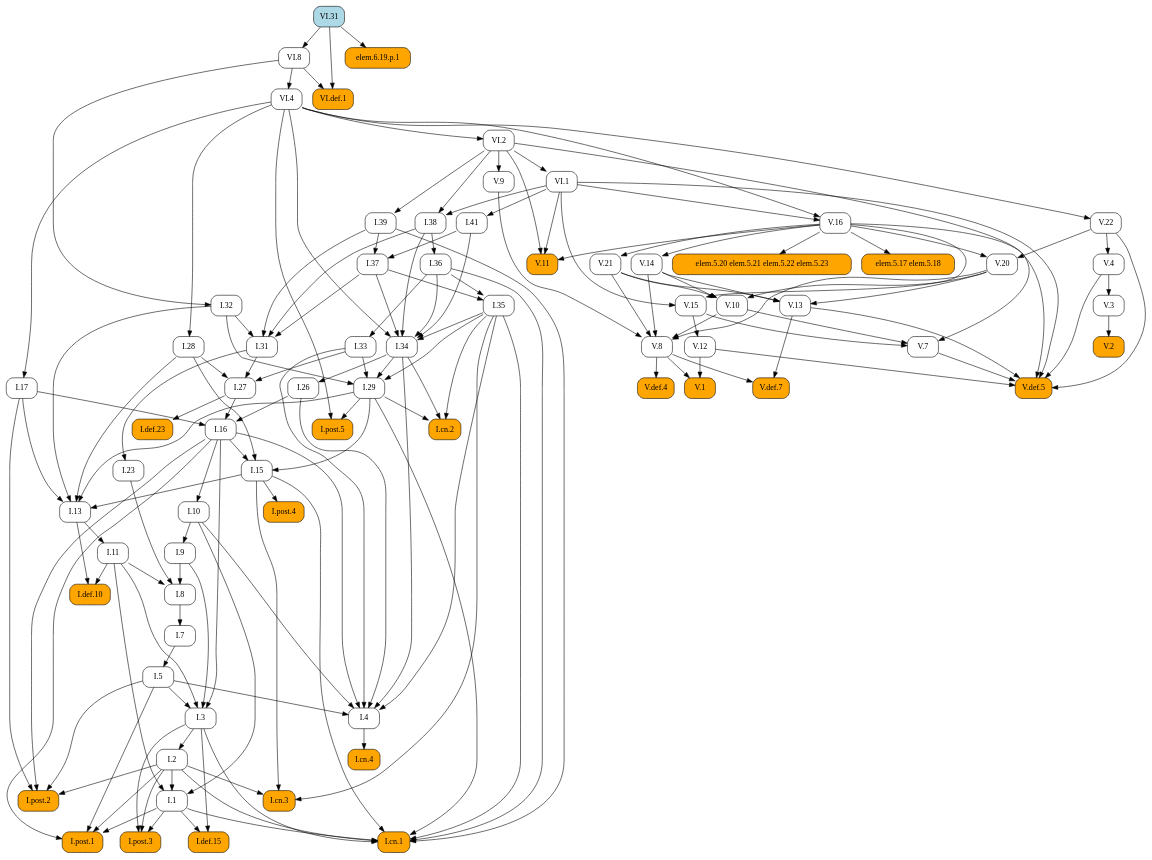
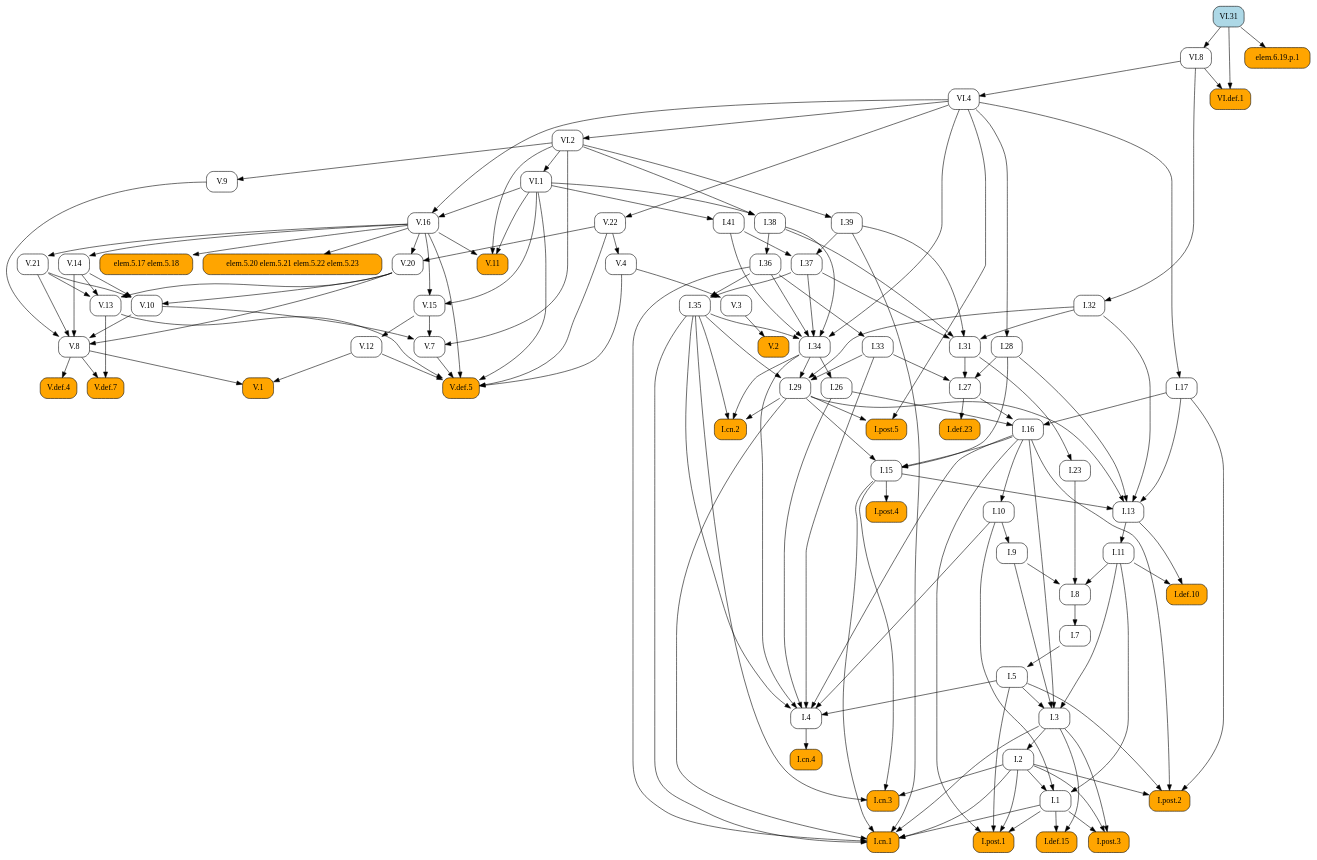
One commit to geometor/elements changed the diagram in docsrc/elements2/VI/31/index.rst. Above: the diagram before and after it, drawn with Graphviz. The commit also changed other lines of this file and 171 other files, not shown here.

```diff
--- a/docsrc/elements2/VI/31/index.rst
+++ b/docsrc/elements2/VI/31/index.rst
@@ -45,158 +45,82 @@
    digraph {
      rankdir="TB";
      node [shape=box, style=rounded];
+     "V.20" [URL="/elements2/V/20/", target="_top"];
+     "I.8" [URL="/elements2/I/8/", target="_top"];
+     "I.36" [URL="/elements2/I/36/", target="_top"];
+     "V.def.5" [style="rounded,filled", fillcolor=orange, URL="/elements2/V/def.5/", target="_top"];
+     "I.38" [URL="/elements2/I/38/", target="_top"];
+     "I.post.5" [style="rounded,filled", fillcolor=orange, URL="/elements2/I/post.5/", target="_top"];
+     "I.def.10" [style="rounded,filled", fillcolor=orange, URL="/elements2/I/def.10/", target="_top"];
+     "I.cn.2" [style="rounded,filled", fillcolor=orange, URL="/elements2/I/cn.2/", target="_top"];
+     "elem.6.19.p.1" [style="rounded,filled", fillcolor=orange];
+     "I.31" [URL="/elements2/I/31/", target="_top"];
+     "I.post.2" [style="rounded,filled", fillcolor=orange, URL="/elements2/I/post.2/", target="_top"];
+     "I.def.23" [style="rounded,filled", fillcolor=orange, URL="/elements2/I/def.23/", target="_top"];
+     "I.26" [URL="/elements2/I/26/", target="_top"];
+     "V.3" [URL="/elements2/V/3/", target="_top"];
+     "I.cn.3" [style="rounded,filled", fillcolor=orange, URL="/elements2/I/cn.3/", target="_top"];
+     "V.2" [style="rounded,filled", fillcolor=orange, URL="/elements2/V/2/", target="_top"];
+     "V.12" [URL="/elements2/V/12/", target="_top"];
+     "V.22" [URL="/elements2/V/22/", target="_top"];
+     "I.35" [URL="/elements2/I/35/", target="_top"];
+     "I.41" [URL="/elements2/I/41/", target="_top"];
+     "I.28" [URL="/elements2/I/28/", target="_top"];
+     "I.27" [URL="/elements2/I/27/", target="_top"];
+     "I.4" [URL="/elements2/I/4/", target="_top"];
+     "V.8" [URL="/elements2/V/8/", target="_top"];
+     "VI.2" [URL="/elements2/VI/2/", target="_top"];
+     "I.39" [URL="/elements2/I/39/", target="_top"];
+     "I.15" [URL="/elements2/I/15/", target="_top"];
+     "I.34" [URL="/elements2/I/34/", target="_top"];
+     "VI.8" [URL="/elements2/VI/8/", target="_top"];
+     "I.post.3" [style="rounded,filled", fillcolor=orange, URL="/elements2/I/post.3/", target="_top"];
+     "I.32" [URL="/elements2/I/32/", target="_top"];
+     "I.post.1" [style="rounded,filled", fillcolor=orange, URL="/elements2/I/post.1/", target="_top"];
+     "V.def.4" [style="rounded,filled", fillcolor=orange, URL="/elements2/V/def.4/", target="_top"];
+     "I.33" [URL="/elements2/I/33/", target="_top"];
+     "VI.31" [style="rounded,filled", fillcolor=lightblue, URL="/elements2/VI/31/", target="_top"];
+     "I.5" [URL="/elements2/I/5/", target="_top"];
      "elem.5.17 elem.5.18" [style="rounded,filled", fillcolor=orange];
-     "V.7" [URL="/elements2/V/7/", target="_top"];
-     "I.32" [URL="/elements2/I/32/", target="_top"];
-     "VI.4" [URL="/elements2/VI/4/", target="_top"];
-     "I.cn.4" [style="rounded,filled", fillcolor=orange, URL="/elements2/I/cn.4/", target="_top"];
-     "I.post.3" [style="rounded,filled", fillcolor=orange, URL="/elements2/I/post.3/", target="_top"];
-     "V.22" [URL="/elements2/V/22/", target="_top"];
-     "V.def.7" [style="rounded,filled", fillcolor=orange, URL="/elements2/V/def.7/", target="_top"];
-     "I.41" [URL="/elements2/I/41/", target="_top"];
-     "I.27" [URL="/elements2/I/27/", target="_top"];
-     "I.post.2" [style="rounded,filled", fillcolor=orange, URL="/elements2/I/post.2/", target="_top"];
-     "I.13" [URL="/elements2/I/13/", target="_top"];
-     "I.10" [URL="/elements2/I/10/", target="_top"];
-     "I.post.1" [style="rounded,filled", fillcolor=orange, URL="/elements2/I/post.1/", target="_top"];
-     "I.7" [URL="/elements2/I/7/", target="_top"];
-     "VI.def.1" [style="rounded,filled", fillcolor=orange, URL="/elements2/VI/def.1/", target="_top"];
+     "VI.1" [URL="/elements2/VI/1/", target="_top"];
+     "V.11" [style="rounded,filled", fillcolor=orange, URL="/elements2/V/11/", target="_top"];
      "V.13" [URL="/elements2/V/13/", target="_top"];
+     "V.9" [URL="/elements2/V/9/", target="_top"];
      "V.16" [URL="/elements2/V/16/", target="_top"];
-     "V.1" [style="rounded,filled", fillcolor=orange, URL="/elements2/V/1/", target="_top"];
-     "V.8" [URL="/elements2/V/8/", target="_top"];
-     "elem.5.20 elem.5.21 elem.5.22 elem.5.23" [style="rounded,filled", fillcolor=orange];
-     "I.9" [URL="/elements2/I/9/", target="_top"];
-     "I.38" [URL="/elements2/I/38/", target="_top"];
-     "I.8" [URL="/elements2/I/8/", target="_top"];
-     "I.15" [URL="/elements2/I/15/", target="_top"];
-     "I.23" [URL="/elements2/I/23/", target="_top"];
-     "I.26" [URL="/elements2/I/26/", target="_top"];
-     "VI.31" [style="rounded,filled", fillcolor=lightblue, URL="/elements2/VI/31/", target="_top"];
-     "V.4" [URL="/elements2/V/4/", target="_top"];
-     "VI.1" [URL="/elements2/VI/1/", target="_top"];
-     "I.1" [URL="/elements2/I/1/", target="_top"];
-     "VI.8" [URL="/elements2/VI/8/", target="_top"];
-     "I.3" [URL="/elements2/I/3/", target="_top"];
-     "I.cn.3" [style="rounded,filled", fillcolor=orange, URL="/elements2/I/cn.3/", target="_top"];
-     "I.17" [URL="/elements2/I/17/", target="_top"];
-     "I.37" [URL="/elements2/I/37/", target="_top"];
-     "I.def.10" [style="rounded,filled", fillcolor=orange, URL="/elements2/I/def.10/", target="_top"];
-     "I.34" [URL="/elements2/I/34/", target="_top"];
-     "V.def.5" [style="rounded,filled", fillcolor=orange, URL="/elements2/V/def.5/", target="_top"];
      "I.def.15" [style="rounded,filled", fillcolor=orange, URL="/elements2/I/def.15/", target="_top"];
-     "I.28" [URL="/elements2/I/28/", target="_top"];
-     "I.36" [URL="/elements2/I/36/", target="_top"];
-     "V.10" [URL="/elements2/V/10/", target="_top"];
-     "V.14" [URL="/elements2/V/14/", target="_top"];
-     "elem.6.19.p.1" [style="rounded,filled", fillcolor=orange];
      "V.15" [URL="/elements2/V/15/", target="_top"];
      "I.11" [URL="/elements2/I/11/", target="_top"];
-     "I.4" [URL="/elements2/I/4/", target="_top"];
+     "I.3" [URL="/elements2/I/3/", target="_top"];
+     "V.14" [URL="/elements2/V/14/", target="_top"];
+     "VI.4" [URL="/elements2/VI/4/", target="_top"];
+     "V.10" [URL="/elements2/V/10/", target="_top"];
+     "I.1" [URL="/elements2/I/1/", target="_top"];
+     "I.cn.4" [style="rounded,filled", fillcolor=orange, URL="/elements2/I/cn.4/", target="_top"];
+     "I.23" [URL="/elements2/I/23/", target="_top"];
+     "I.7" [URL="/elements2/I/7/", target="_top"];
+     "I.17" [URL="/elements2/I/17/", target="_top"];
+     "I.9" [URL="/elements2/I/9/", target="_top"];
+     "V.7" [URL="/elements2/V/7/", target="_top"];
+     "I.cn.1" [style="rounded,filled", fillcolor=orange, URL="/elements2/I/cn.1/", target="_top"];
+     "I.29" [URL="/elements2/I/29/", target="_top"];
      "I.16" [URL="/elements2/I/16/", target="_top"];
      "V.21" [URL="/elements2/V/21/", target="_top"];
-     "I.def.23" [style="rounded,filled", fillcolor=orange, URL="/elements2/I/def.23/", target="_top"];
+     "I.13" [URL="/elements2/I/13/", target="_top"];
+     "elem.5.20 elem.5.21 elem.5.22 elem.5.23" [style="rounded,filled", fillcolor=orange];
+     "I.post.4" [style="rounded,filled", fillcolor=orange, URL="/elements2/I/post.4/", target="_top"];
+     "V.1" [style="rounded,filled", fillcolor=orange, URL="/elements2/V/1/", target="_top"];
+     "VI.def.1" [style="rounded,filled", fillcolor=orange, URL="/elements2/VI/def.1/", target="_top"];
      "I.2" [URL="/elements2/I/2/", target="_top"];
-     "I.cn.2" [style="rounded,filled", fillcolor=orange, URL="/elements2/I/cn.2/", target="_top"];
-     "I.post.5" [style="rounded,filled", fillcolor=orange, URL="/elements2/I/post.5/", target="_top"];
-     "VI.2" [URL="/elements2/VI/2/", target="_top"];
-     "V.3" [URL="/elements2/V/3/", target="_top"];
-     "V.def.4" [style="rounded,filled", fillcolor=orange, URL="/elements2/V/def.4/", target="_top"];
-     "I.35" [URL="/elements2/I/35/", target="_top"];
-     "V.11" [style="rounded,filled", fillcolor=orange, URL="/elements2/V/11/", target="_top"];
-     "V.2" [style="rounded,filled", fillcolor=orange, URL="/elements2/V/2/", target="_top"];
-     "I.31" [URL="/elements2/I/31/", target="_top"];
-     "I.33" [URL="/elements2/I/33/", target="_top"];
-     "I.post.4" [style="rounded,filled", fillcolor=orange, URL="/elements2/I/post.4/", target="_top"];
-     "I.39" [URL="/elements2/I/39/", target="_top"];
-     "I.cn.1" [style="rounded,filled", fillcolor=orange, URL="/elements2/I/cn.1/", target="_top"];
-     "V.9" [URL="/elements2/V/9/", target="_top"];
-     "I.29" [URL="/elements2/I/29/", target="_top"];
-     "I.5" [URL="/elements2/I/5/", target="_top"];
-     "V.12" [URL="/elements2/V/12/", target="_top"];
-     "V.20" [URL="/elements2/V/20/", target="_top"];
-     "V.16" -> "elem.5.17 elem.5.18";
-     "V.10" -> "V.7";
-     "V.15" -> "V.7";
-     "VI.2" -> "V.7";
-     "VI.8" -> "I.32";
-     "VI.8" -> "VI.4";
-     "I.4" -> "I.cn.4";
-     "I.1" -> "I.post.3";
-     "I.2" -> "I.post.3";
-     "I.3" -> "I.post.3";
-     "VI.4" -> "V.22";
-     "V.8" -> "V.def.7";
-     "V.13" -> "V.def.7";
-     "VI.1" -> "I.41";
-     "I.28" -> "I.27";
-     "I.31" -> "I.27";
-     "I.33" -> "I.27";
-     "I.2" -> "I.post.2";
-     "I.5" -> "I.post.2";
-     "I.16" -> "I.post.2";
-     "I.17" -> "I.post.2";
-     "I.15" -> "I.13";
-     "I.17" -> "I.13";
-     "I.28" -> "I.13";
-     "I.29" -> "I.13";
-     "I.32" -> "I.13";
-     "I.16" -> "I.10";
-     "I.1" -> "I.post.1";
-     "I.2" -> "I.post.1";
-     "I.5" -> "I.post.1";
-     "I.16" -> "I.post.1";
-     "I.8" -> "I.7";
-     "VI.8" -> "VI.def.1";
-     "VI.31" -> "VI.def.1";
-     "V.14" -> "V.13";
-     "V.20" -> "V.13";
-     "V.21" -> "V.13";
-     "VI.1" -> "V.16";
-     "VI.4" -> "V.16";
-     "V.8" -> "V.1";
-     "V.12" -> "V.1";
-     "V.9" -> "V.8";
-     "V.10" -> "V.8";
-     "V.14" -> "V.8";
-     "V.20" -> "V.8";
-     "V.21" -> "V.8";
-     "V.16" -> "elem.5.20 elem.5.21 elem.5.22 elem.5.23";
-     "I.10" -> "I.9";
-     "VI.1" -> "I.38";
-     "VI.2" -> "I.38";
+     "I.37" [URL="/elements2/I/37/", target="_top"];
+     "I.10" [URL="/elements2/I/10/", target="_top"];
+     "V.def.7" [style="rounded,filled", fillcolor=orange, URL="/elements2/V/def.7/", target="_top"];
+     "V.4" [URL="/elements2/V/4/", target="_top"];
+     "V.16" -> "V.20";
+     "V.22" -> "V.20";
      "I.9" -> "I.8";
      "I.11" -> "I.8";
      "I.23" -> "I.8";
-     "I.16" -> "I.15";
-     "I.28" -> "I.15";
-     "I.29" -> "I.15";
-     "I.31" -> "I.23";
-     "I.34" -> "I.26";
-     "V.22" -> "V.4";
-     "VI.2" -> "VI.1";
-     "I.2" -> "I.1";
-     "I.10" -> "I.1";
-     "I.11" -> "I.1";
-     "VI.31" -> "VI.8";
-     "I.5" -> "I.3";
-     "I.9" -> "I.3";
-     "I.11" -> "I.3";
-     "I.16" -> "I.3";
-     "I.2" -> "I.cn.3";
-     "I.15" -> "I.cn.3";
-     "I.35" -> "I.cn.3";
-     "VI.4" -> "I.17";
-     "I.39" -> "I.37";
-     "I.41" -> "I.37";
-     "I.11" -> "I.def.10";
-     "I.13" -> "I.def.10";
-     "I.35" -> "I.34";
-     "I.36" -> "I.34";
-     "I.37" -> "I.34";
-     "I.38" -> "I.34";
-     "I.41" -> "I.34";
-     "VI.4" -> "I.34";
+     "I.38" -> "I.36";
      "V.4" -> "V.def.5";
      "V.7" -> "V.def.5";
      "V.12" -> "V.def.5";
@@ -204,18 +128,40 @@
      "V.16" -> "V.def.5";
      "V.22" -> "V.def.5";
      "VI.1" -> "V.def.5";
-     "I.1" -> "I.def.15";
-     "I.3" -> "I.def.15";
+     "VI.1" -> "I.38";
+     "VI.2" -> "I.38";
+     "I.29" -> "I.post.5";
+     "VI.4" -> "I.post.5";
+     "I.11" -> "I.def.10";
+     "I.13" -> "I.def.10";
+     "I.29" -> "I.cn.2";
+     "I.34" -> "I.cn.2";
+     "I.35" -> "I.cn.2";
+     "VI.31" -> "elem.6.19.p.1";
+     "I.32" -> "I.31";
+     "I.37" -> "I.31";
+     "I.38" -> "I.31";
+     "I.39" -> "I.31";
+     "I.2" -> "I.post.2";
+     "I.5" -> "I.post.2";
+     "I.16" -> "I.post.2";
+     "I.17" -> "I.post.2";
+     "I.27" -> "I.def.23";
+     "I.34" -> "I.26";
+     "V.4" -> "V.3";
+     "I.2" -> "I.cn.3";
+     "I.15" -> "I.cn.3";
+     "I.35" -> "I.cn.3";
+     "V.3" -> "V.2";
+     "V.15" -> "V.12";
+     "VI.4" -> "V.22";
+     "I.36" -> "I.35";
+     "I.37" -> "I.35";
+     "VI.1" -> "I.41";
      "VI.4" -> "I.28";
-     "I.38" -> "I.36";
-     "V.14" -> "V.10";
-     "V.20" -> "V.10";
-     "V.21" -> "V.10";
-     "V.16" -> "V.14";
-     "VI.31" -> "elem.6.19.p.1";
-     "V.16" -> "V.15";
-     "VI.1" -> "V.15";
-     "I.13" -> "I.11";
+     "I.28" -> "I.27";
+     "I.31" -> "I.27";
+     "I.33" -> "I.27";
      "I.5" -> "I.4";
      "I.10" -> "I.4";
      "I.16" -> "I.4";
@@ -223,33 +169,70 @@
      "I.33" -> "I.4";
      "I.34" -> "I.4";
      "I.35" -> "I.4";
-     "I.17" -> "I.16";
-     "I.26" -> "I.16";
-     "I.27" -> "I.16";
-     "V.16" -> "V.21";
-     "I.27" -> "I.def.23";
-     "I.3" -> "I.2";
-     "I.29" -> "I.cn.2";
-     "I.34" -> "I.cn.2";
-     "I.35" -> "I.cn.2";
-     "I.29" -> "I.post.5";
-     "VI.4" -> "I.post.5";
+     "V.9" -> "V.8";
+     "V.10" -> "V.8";
+     "V.14" -> "V.8";
+     "V.20" -> "V.8";
+     "V.21" -> "V.8";
      "VI.4" -> "VI.2";
-     "V.4" -> "V.3";
+     "VI.2" -> "I.39";
+     "I.16" -> "I.15";
+     "I.28" -> "I.15";
+     "I.29" -> "I.15";
+     "I.35" -> "I.34";
+     "I.36" -> "I.34";
+     "I.37" -> "I.34";
+     "I.38" -> "I.34";
+     "I.41" -> "I.34";
+     "VI.4" -> "I.34";
+     "VI.31" -> "VI.8";
+     "I.1" -> "I.post.3";
+     "I.2" -> "I.post.3";
+     "I.3" -> "I.post.3";
+     "VI.8" -> "I.32";
+     "I.1" -> "I.post.1";
+     "I.2" -> "I.post.1";
+     "I.5" -> "I.post.1";
+     "I.16" -> "I.post.1";
      "V.8" -> "V.def.4";
-     "I.36" -> "I.35";
-     "I.37" -> "I.35";
+     "I.36" -> "I.33";
+     "I.7" -> "I.5";
+     "V.16" -> "elem.5.17 elem.5.18";
+     "VI.2" -> "VI.1";
      "V.16" -> "V.11";
      "VI.1" -> "V.11";
      "VI.2" -> "V.11";
-     "V.3" -> "V.2";
-     "I.32" -> "I.31";
-     "I.37" -> "I.31";
-     "I.38" -> "I.31";
-     "I.39" -> "I.31";
-     "I.36" -> "I.33";
-     "I.15" -> "I.post.4";
-     "VI.2" -> "I.39";
+     "V.14" -> "V.13";
+     "V.20" -> "V.13";
+     "V.21" -> "V.13";
+     "VI.2" -> "V.9";
+     "VI.1" -> "V.16";
+     "VI.4" -> "V.16";
+     "I.1" -> "I.def.15";
+     "I.3" -> "I.def.15";
+     "V.16" -> "V.15";
+     "VI.1" -> "V.15";
+     "I.13" -> "I.11";
+     "I.5" -> "I.3";
+     "I.9" -> "I.3";
+     "I.11" -> "I.3";
+     "I.16" -> "I.3";
+     "V.16" -> "V.14";
+     "VI.8" -> "VI.4";
+     "V.14" -> "V.10";
+     "V.20" -> "V.10";
+     "V.21" -> "V.10";
+     "I.2" -> "I.1";
+     "I.10" -> "I.1";
+     "I.11" -> "I.1";
+     "I.4" -> "I.cn.4";
+     "I.31" -> "I.23";
+     "I.8" -> "I.7";
+     "VI.4" -> "I.17";
+     "I.10" -> "I.9";
+     "V.10" -> "V.7";
+     "V.15" -> "V.7";
+     "VI.2" -> "V.7";
      "I.1" -> "I.cn.1";
      "I.2" -> "I.cn.1";
      "I.3" -> "I.cn.1";
@@ -258,13 +241,30 @@
      "I.35" -> "I.cn.1";
      "I.36" -> "I.cn.1";
      "I.39" -> "I.cn.1";
-     "VI.2" -> "V.9";
      "I.32" -> "I.29";
      "I.33" -> "I.29";
      "I.34" -> "I.29";
      "I.35" -> "I.29";
-     "I.7" -> "I.5";
-     "V.15" -> "V.12";
-     "V.16" -> "V.20";
-     "V.22" -> "V.20";
+     "I.17" -> "I.16";
+     "I.26" -> "I.16";
+     "I.27" -> "I.16";
+     "V.16" -> "V.21";
+     "I.15" -> "I.13";
+     "I.17" -> "I.13";
+     "I.28" -> "I.13";
+     "I.29" -> "I.13";
+     "I.32" -> "I.13";
+     "V.16" -> "elem.5.20 elem.5.21 elem.5.22 elem.5.23";
+     "I.15" -> "I.post.4";
+     "V.8" -> "V.1";
+     "V.12" -> "V.1";
+     "VI.8" -> "VI.def.1";
+     "VI.31" -> "VI.def.1";
+     "I.3" -> "I.2";
+     "I.39" -> "I.37";
+     "I.41" -> "I.37";
+     "I.16" -> "I.10";
+     "V.8" -> "V.def.7";
+     "V.13" -> "V.def.7";
+     "V.22" -> "V.4";
    }
```
